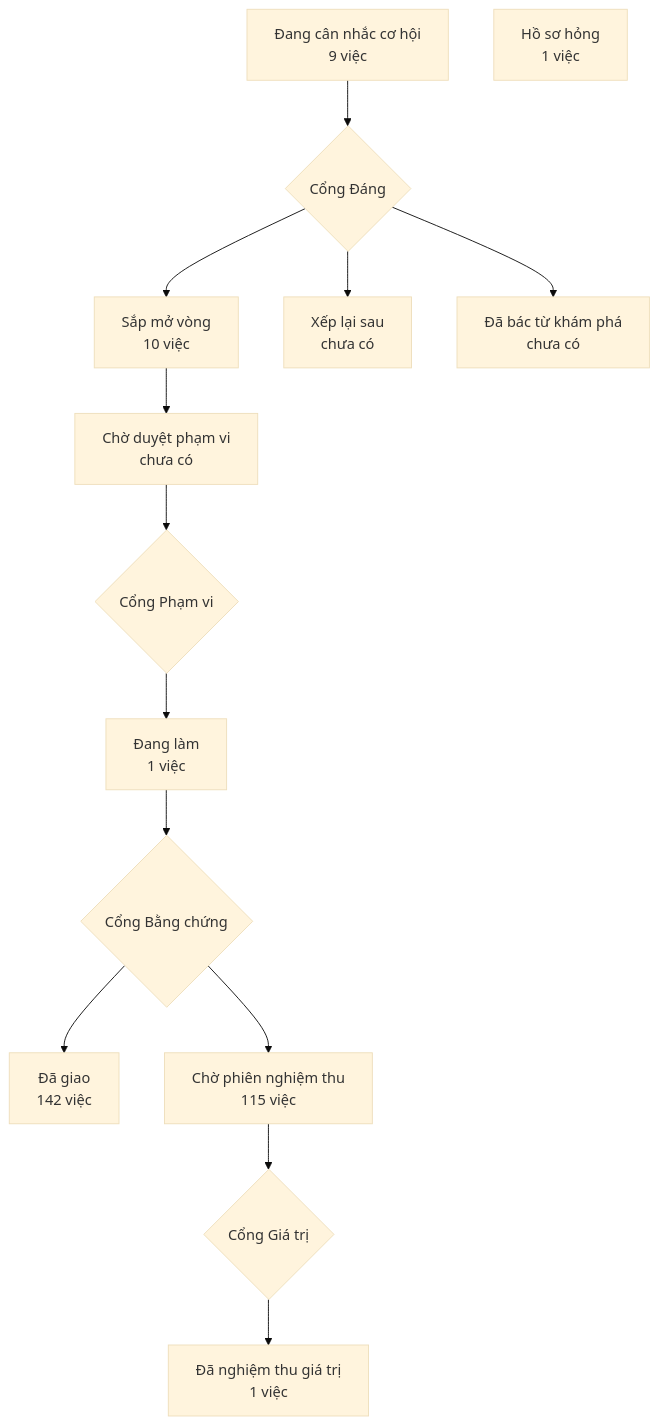
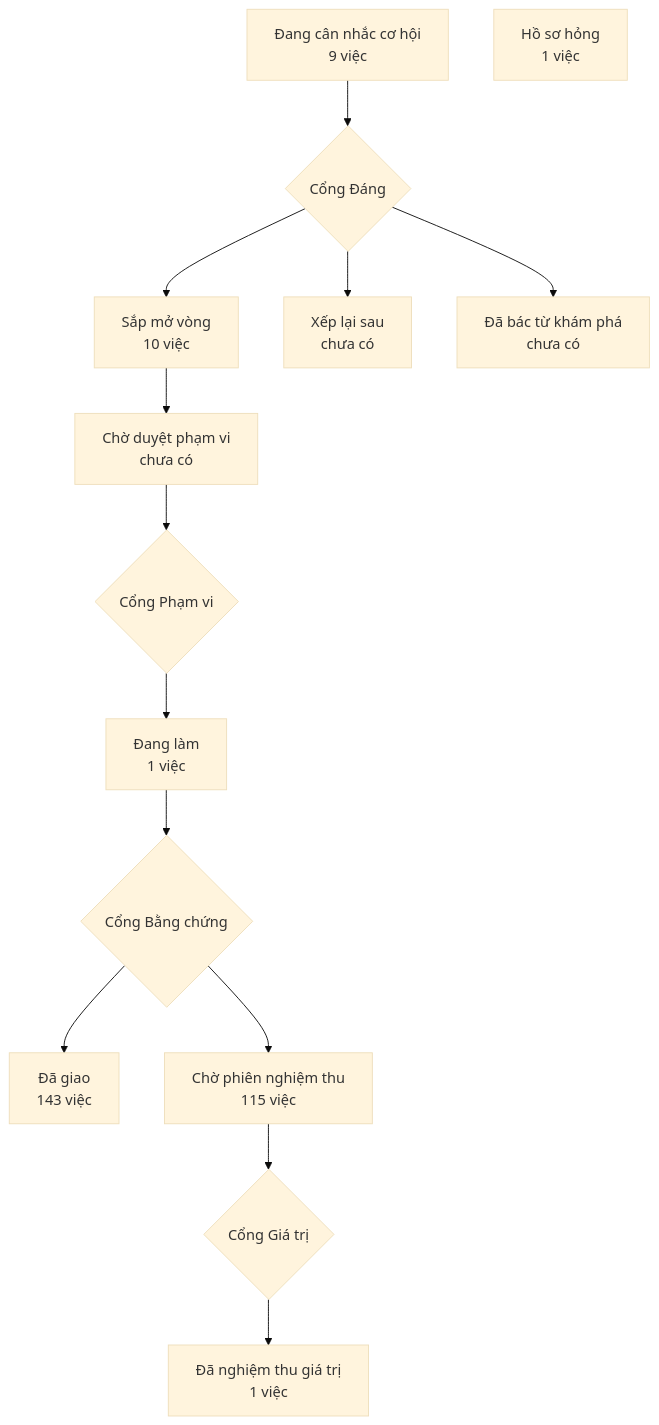
Before and after one commit to phanlemanh/crm-onehub: the diagram in PRODUCT-MAP.md, drawn with Mermaid (base theme). The commit also changed other lines of this file and 1 other file, not shown here.

Commit message:
chore(test-app-ui-chap-chon): vẽ lại bản đồ trên cây đã gộp 1be143a82

````diff
--- a/PRODUCT-MAP.md
+++ b/PRODUCT-MAP.md
@@ -7,13 +7,13 @@
 ```mermaid
 flowchart TD
   A["Đang cân nhắc cơ hội<br/>9 việc"] --> GD{"Cổng Đáng"}
   GD --> B["Sắp mở vòng<br/>10 việc"]
   GD --> XL["Xếp lại sau<br/>chưa có"]
   GD --> DB["Đã bác từ khám phá<br/>chưa có"]
   B --> CD["Chờ duyệt phạm vi<br/>chưa có"] --> GP{"Cổng Phạm vi"}
   GP --> DL["Đang làm<br/>1 việc"] --> GB{"Cổng Bằng chứng"}
-  GB --> DG["Đã giao<br/>142 việc"]
+  GB --> DG["Đã giao<br/>143 việc"]
   GB --> CN["Chờ phiên nghiệm thu<br/>115 việc"] --> GG{"Cổng Giá trị"}
   GG --> NT["Đã nghiệm thu giá trị<br/>1 việc"]
   HS["Hồ sơ hỏng<br/>1 việc"]
 ```
````
